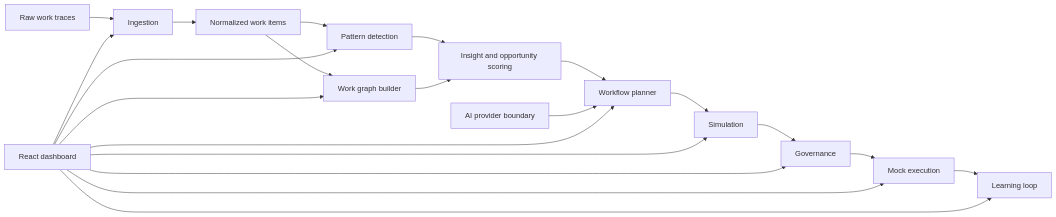
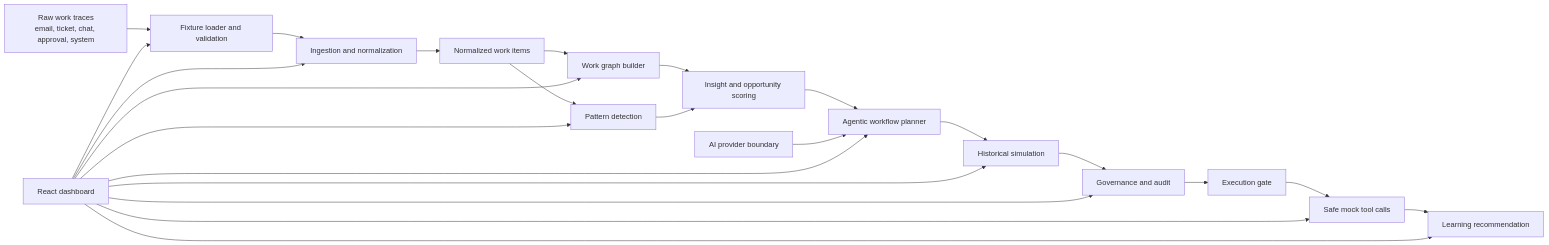
The diagram in docs/ARCHITECTURE.md (MdAsifInIT/Work-Graph-Foundry), drawn with Mermaid before and after one commit. The commit also changed other lines of this file and 5 other files, not shown here.

````diff
--- a/docs/ARCHITECTURE.md
+++ b/docs/ARCHITECTURE.md
@@ -7,23 +38,26 @@
 ```mermaid
 flowchart LR
-  A["Raw work traces"] --> B["Ingestion"]
-  B --> C["Normalized work items"]
-  C --> D["Pattern detection"]
-  C --> E["Work graph builder"]
-  D --> F["Insight and opportunity scoring"]
-  E --> F
-  F --> G["Workflow planner"]
-  G --> H["Simulation"]
-  H --> I["Governance"]
-  I --> J["Mock execution"]
-  J --> K["Learning loop"]
-  L["AI provider boundary"] --> G
-  M["React dashboard"] --> B
-  M --> D
-  M --> E
-  M --> G
-  M --> H
-  M --> I
-  M --> J
-  M --> K
+  A["Raw work traces<br/>email, ticket, chat, approval, system"] --> B["Fixture loader and validation"]
+  B --> C["Ingestion and normalization"]
+  C --> D["Normalized work items"]
+  D --> E["Work graph builder"]
+  D --> F["Pattern detection"]
+  E --> G["Insight and opportunity scoring"]
+  F --> G
+  G --> H["Agentic workflow planner"]
+  H --> I["Historical simulation"]
+  I --> J["Governance and audit"]
+  J --> K["Execution gate"]
+  K --> L["Safe mock tool calls"]
+  L --> M["Learning recommendation"]
+  N["AI provider boundary"] --> H
+  O["React dashboard"] --> B
+  O --> C
+  O --> E
+  O --> F
+  O --> H
+  O --> I
+  O --> J
+  O --> L
+  O --> M
 ```
````
